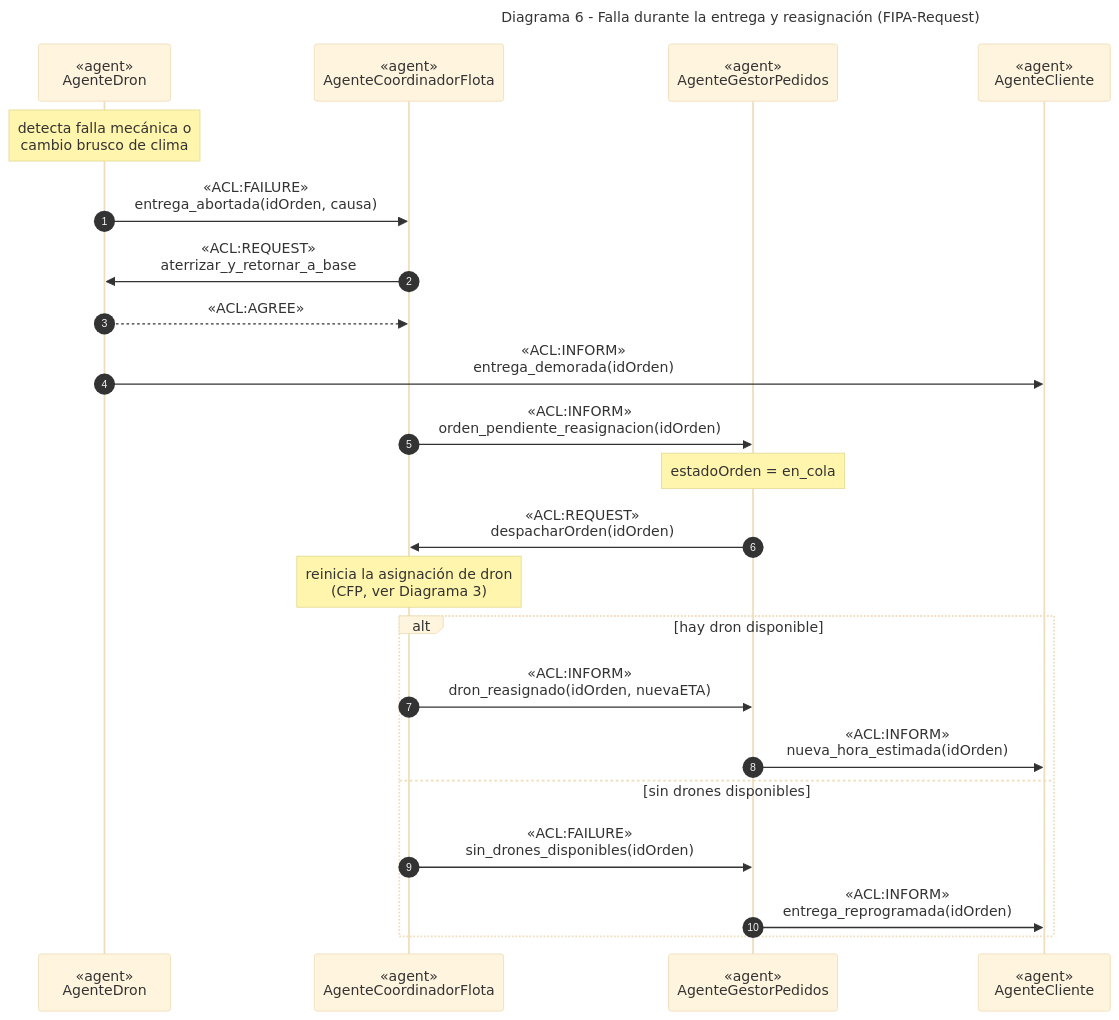
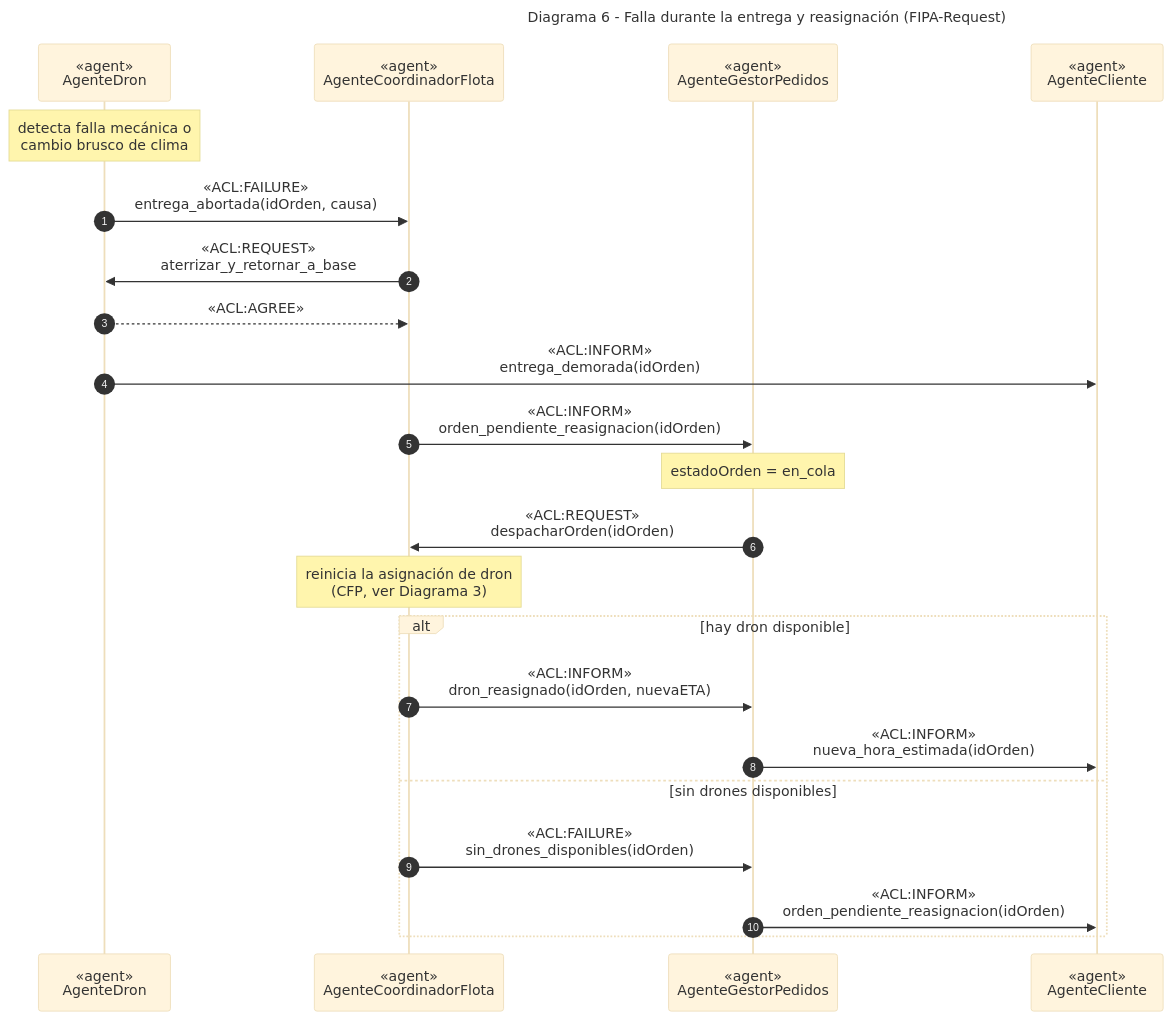
The diagram in docs/diagramas_secuencia/diagrama_6.mmd (DeividPatino/SistemaMultiAgenteDrones), drawn with Mermaid (base theme) before and after one commit. The commit also changed 1 other file, not shown here.

Commit message:
Mejorar pruebas de escenarios y corregir diagrama 6

```diff
--- a/docs/diagramas_secuencia/diagrama_6.mmd
+++ b/docs/diagramas_secuencia/diagrama_6.mmd
@@ -1,23 +1,23 @@
 sequenceDiagram
     title Diagrama 6 - Falla durante la entrega y reasignación (FIPA-Request)
     autonumber
     participant D as «agent»<br/>AgenteDron
     participant F as «agent»<br/>AgenteCoordinadorFlota
     participant G as «agent»<br/>AgenteGestorPedidos
     participant C as «agent»<br/>AgenteCliente
     Note over D: detecta falla mecánica o<br/>cambio brusco de clima
     D->>F: «ACL:FAILURE»<br/>entrega_abortada(idOrden, causa)
     F->>D: «ACL:REQUEST»<br/>aterrizar_y_retornar_a_base
     D-->>F: «ACL:AGREE»
     D->>C: «ACL:INFORM»<br/>entrega_demorada(idOrden)
     F->>G: «ACL:INFORM»<br/>orden_pendiente_reasignacion(idOrden)
     Note over G: estadoOrden = en_cola
     G->>F: «ACL:REQUEST»<br/>despacharOrden(idOrden)
     Note over F: reinicia la asignación de dron<br/>(CFP, ver Diagrama 3)
     alt hay dron disponible
         F->>G: «ACL:INFORM»<br/>dron_reasignado(idOrden, nuevaETA)
         G->>C: «ACL:INFORM»<br/>nueva_hora_estimada(idOrden)
     else sin drones disponibles
         F->>G: «ACL:FAILURE»<br/>sin_drones_disponibles(idOrden)
-        G->>C: «ACL:INFORM»<br/>entrega_reprogramada(idOrden)
+        G->>C: «ACL:INFORM»<br/>orden_pendiente_reasignacion(idOrden)
     end
```
